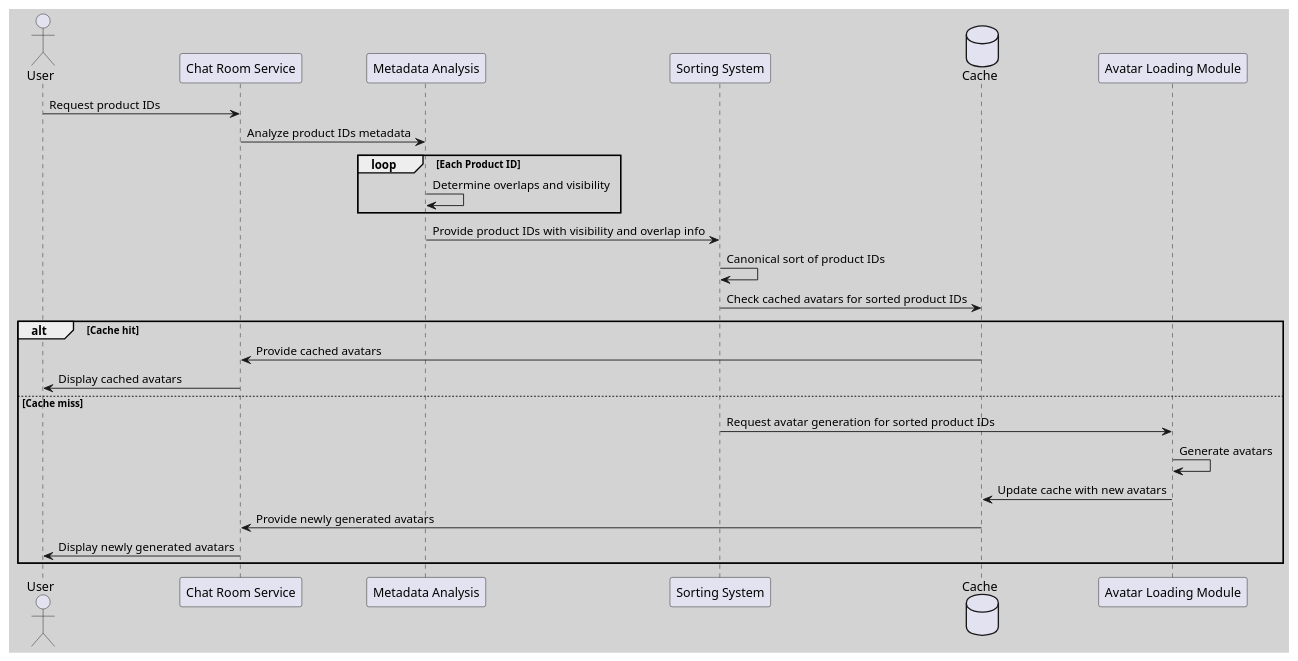
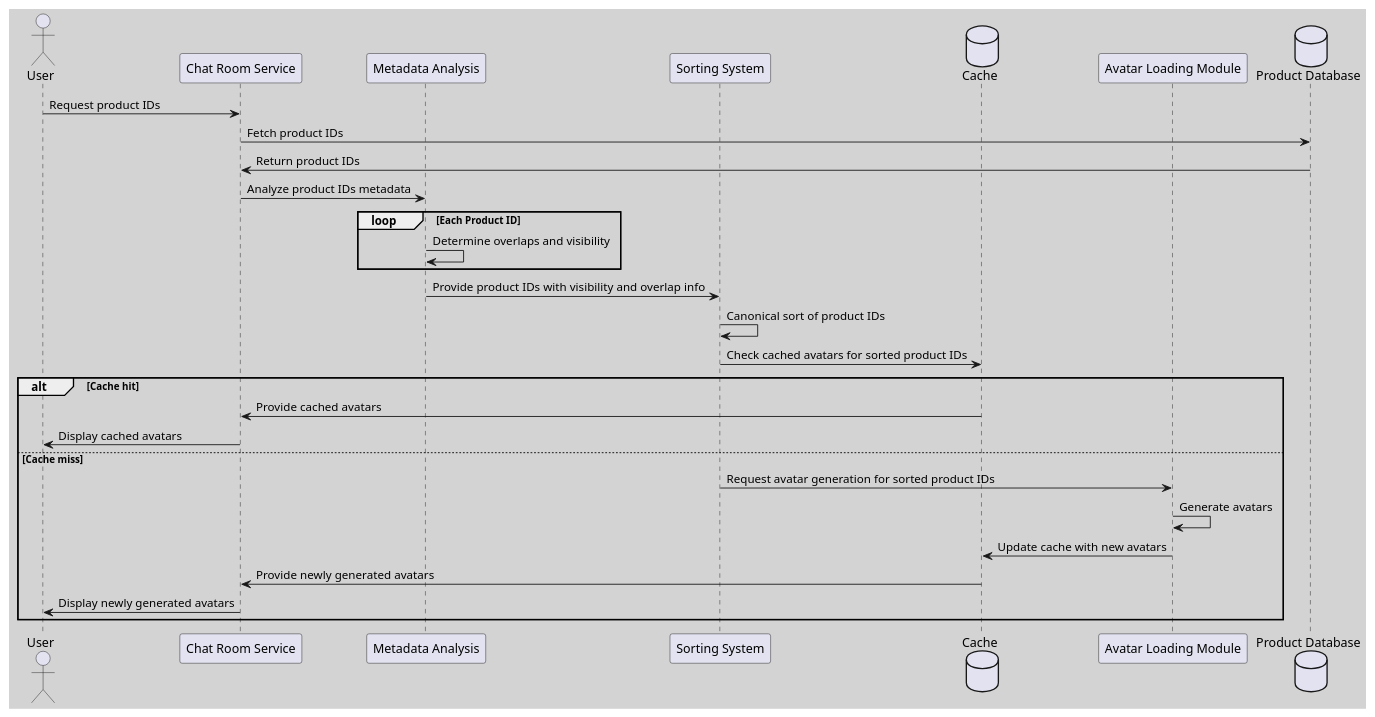
One commit to huangyingw/system_design changed the diagram in imvu_system_architecture/avatar_loading_optimization_process.puml. Above: the diagram before and after it, drawn with PlantUML.

```diff
--- a/imvu_system_architecture/avatar_loading_optimization_process.puml
+++ b/imvu_system_architecture/avatar_loading_optimization_process.puml
@@ -1,29 +1,32 @@
 @startuml
 skinparam backgroundColor #D3D3D3
 
 actor User
 participant "Chat Room Service" as ChatRoomService
 participant "Metadata Analysis" as MetadataAnalysis
 participant "Sorting System" as SortingSystem
 database "Cache" as Cache
 participant "Avatar Loading Module" as AvatarLoading
+database "Product Database" as ProductDB
 
 User -> ChatRoomService: Request product IDs
+ChatRoomService -> ProductDB: Fetch product IDs
+ProductDB -> ChatRoomService: Return product IDs
 ChatRoomService -> MetadataAnalysis: Analyze product IDs metadata
 loop Each Product ID
     MetadataAnalysis -> MetadataAnalysis: Determine overlaps and visibility
 end
 MetadataAnalysis -> SortingSystem: Provide product IDs with visibility and overlap info
 SortingSystem -> SortingSystem: Canonical sort of product IDs
 SortingSystem -> Cache: Check cached avatars for sorted product IDs
 alt Cache hit
     Cache -> ChatRoomService: Provide cached avatars
     ChatRoomService -> User: Display cached avatars
 else Cache miss
     SortingSystem -> AvatarLoading: Request avatar generation for sorted product IDs
     AvatarLoading -> AvatarLoading: Generate avatars
     AvatarLoading -> Cache: Update cache with new avatars
     Cache -> ChatRoomService: Provide newly generated avatars
     ChatRoomService -> User: Display newly generated avatars
 end
 @enduml
```
